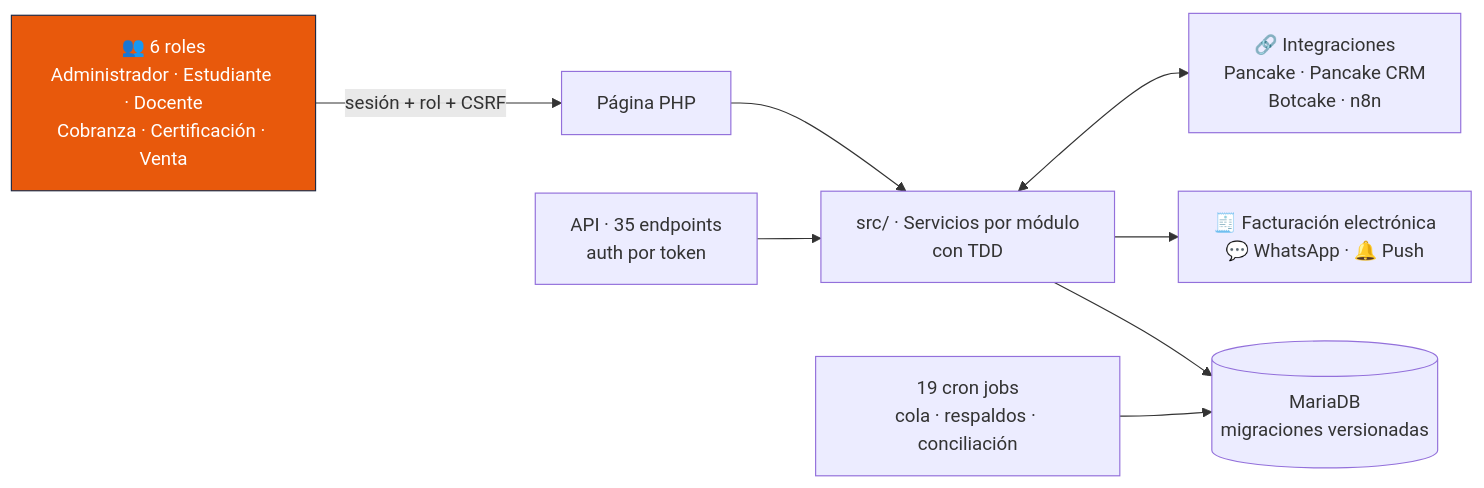
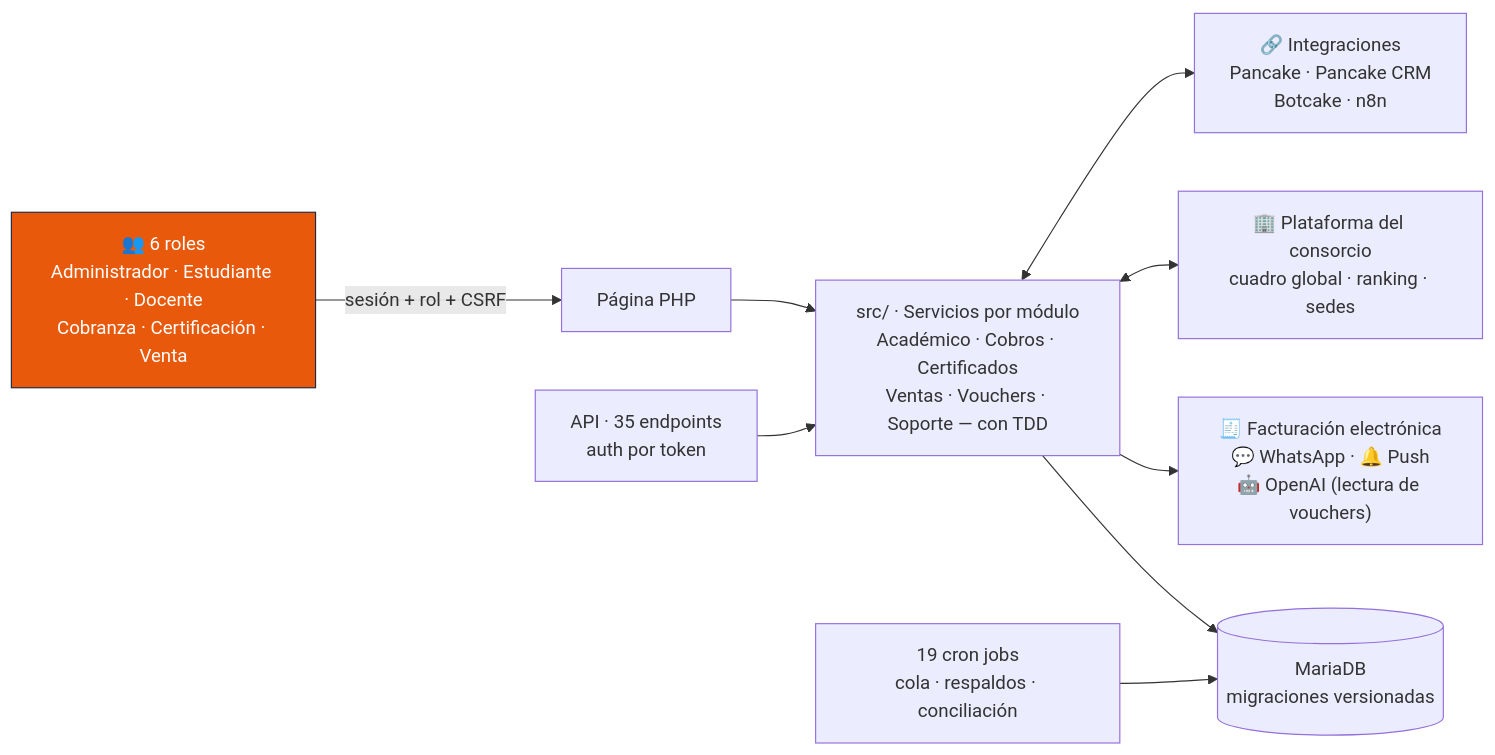
The first of 6 diagrams in README.md (Alessandro-BS/Alessandro-BS), drawn with Mermaid before and after one commit. The commit also changed other lines of this file, not shown here.

First line of the commit message:
docs(perfil): actualizar Educa LMS v2026.11.15, HueckoApp v2.0.0 y sección Cómo trabajo

````diff
--- a/README.md
+++ b/README.md
@@ -69,12 +75,13 @@
 ```mermaid
 flowchart LR
     R["👥 6 roles<br/>Administrador · Estudiante · Docente<br/>Cobranza · Certificación · Venta"]:::r
     R -->|sesión + rol + CSRF| P[Página PHP]
-    P --> S["src/ · Servicios por módulo<br/>con TDD"]
+    P --> S["src/ · Servicios por módulo<br/>Académico · Cobros · Certificados<br/>Ventas · Vouchers · Soporte — con TDD"]
     S --> DB[(MariaDB<br/>migraciones versionadas)]
     API["API · 35 endpoints<br/>auth por token"] --> S
     CRON["19 cron jobs<br/>cola · respaldos · conciliación"] --> DB
-    S --> EXT["🧾 Facturación electrónica<br/>💬 WhatsApp · 🔔 Push"]
+    S --> EXT["🧾 Facturación electrónica<br/>💬 WhatsApp · 🔔 Push<br/>🤖 OpenAI (lectura de vouchers)"]
+    S <--> PLAT["🏢 Plataforma del consorcio<br/>cuadro global · ranking · sedes"]
     S <--> INT["🔗 Integraciones<br/>Pancake · Pancake CRM<br/>Botcake · n8n"]
     classDef r fill:#e8590c,color:#fff,stroke:#1f2a44
 ```
````
